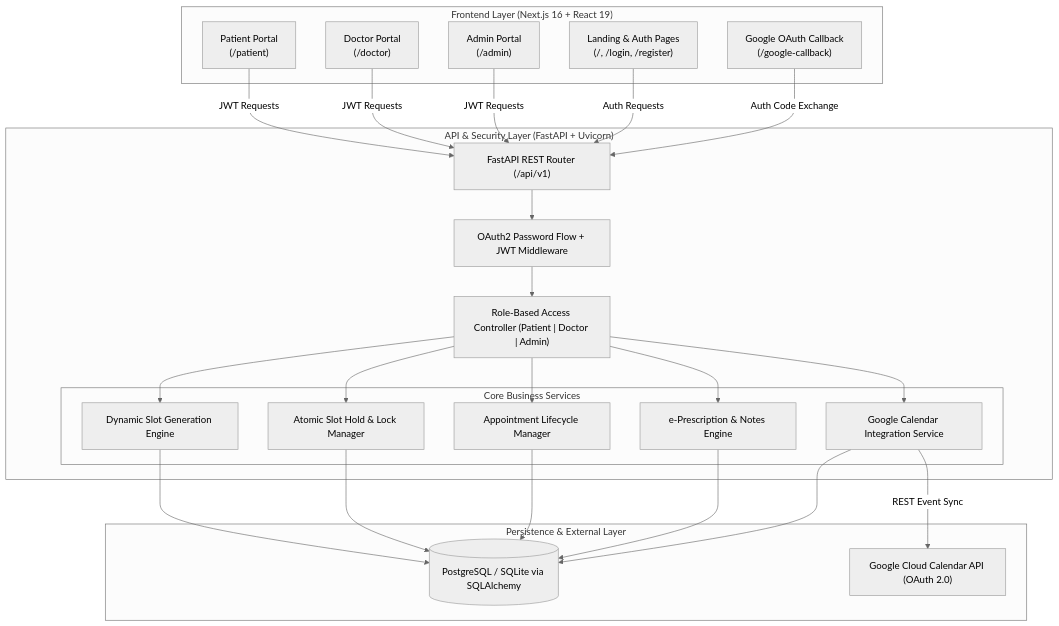
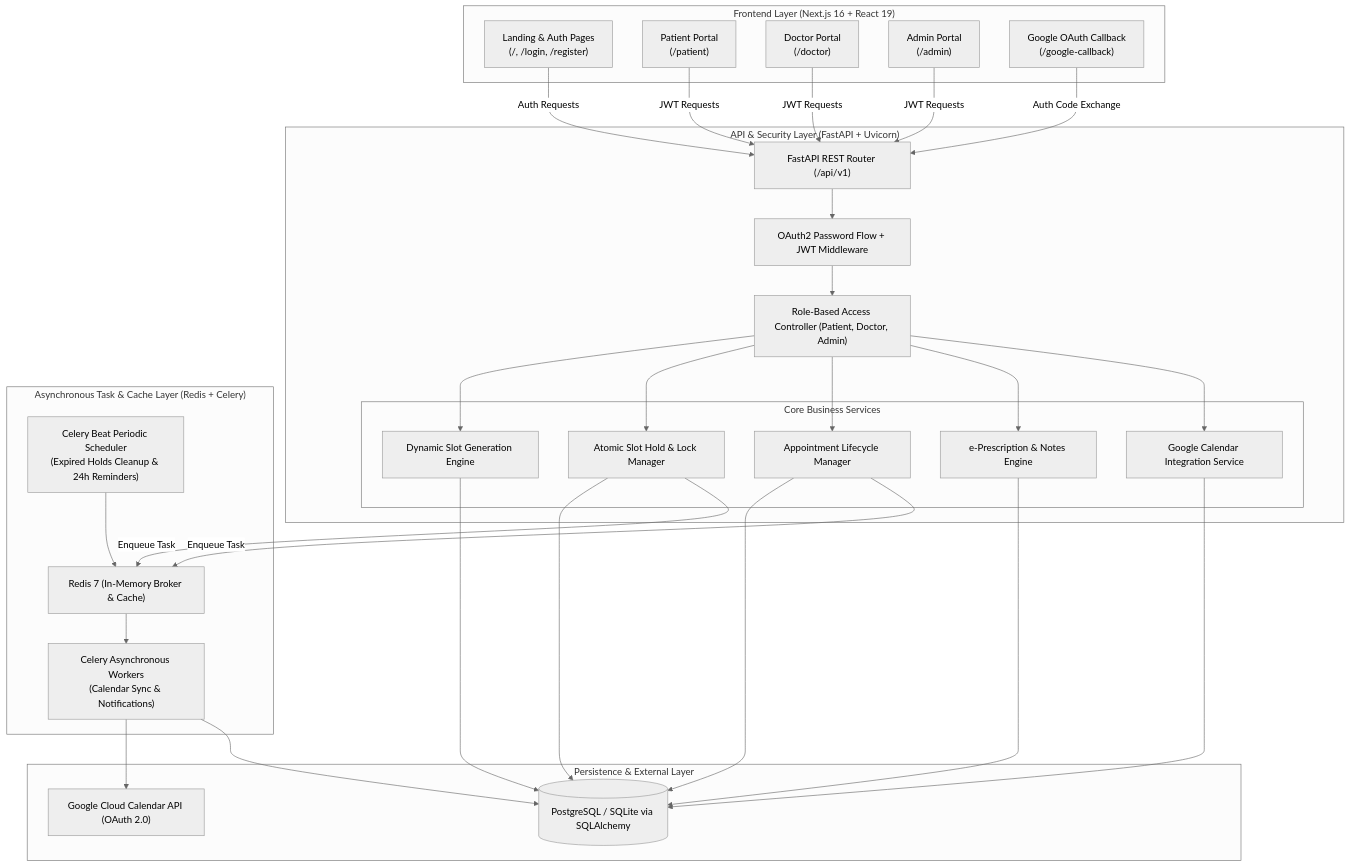
One commit to RITESH17-2004/Unthinkable-Assignment changed the first of 3 diagrams in README.md. Above: the diagram before and after it, drawn with Mermaid (neutral theme). The commit also changed other lines of this file and 4 other files, not shown here.

````diff
--- a/README.md
+++ b/README.md
@@ -91,50 +94,62 @@
 ```mermaid
 graph TB
     subgraph "Frontend Layer (Next.js 16 + React 19)"
         UI_Home["Landing & Auth Pages<br/>(/, /login, /register)"]
         UI_Patient["Patient Portal<br/>(/patient)"]
         UI_Doctor["Doctor Portal<br/>(/doctor)"]
         UI_Admin["Admin Portal<br/>(/admin)"]
         UI_OAuth["Google OAuth Callback<br/>(/google-callback)"]
     end
 
     subgraph "API & Security Layer (FastAPI + Uvicorn)"
         Router["FastAPI REST Router (/api/v1)"]
         Auth_MW["OAuth2 Password Flow + JWT Middleware"]
-        RBAC["Role-Based Access Controller (Patient | Doctor | Admin)"]
+        RBAC["Role-Based Access Controller (Patient, Doctor, Admin)"]
         
         subgraph "Core Business Services"
             SlotEngine["Dynamic Slot Generation Engine"]
             HoldService["Atomic Slot Hold & Lock Manager"]
             ApptService["Appointment Lifecycle Manager"]
             PrescriptionService["e-Prescription & Notes Engine"]
             GoogleService["Google Calendar Integration Service"]
         end
+    end
+
+    subgraph "Asynchronous Task & Cache Layer (Redis + Celery)"
+        Redis["Redis 7 (In-Memory Broker & Cache)"]
+        CeleryWorker["Celery Asynchronous Workers<br/>(Calendar Sync & Notifications)"]
+        CeleryBeat["Celery Beat Periodic Scheduler<br/>(Expired Holds Cleanup & 24h Reminders)"]
     end
 
     subgraph "Persistence & External Layer"
         DB[(PostgreSQL / SQLite via SQLAlchemy)]
         GoogleAPI["Google Cloud Calendar API (OAuth 2.0)"]
     end
 
     UI_Patient -->|JWT Requests| Router
     UI_Doctor -->|JWT Requests| Router
     UI_Admin -->|JWT Requests| Router
     UI_Home -->|Auth Requests| Router
     UI_OAuth -->|Auth Code Exchange| Router
 
     Router --> Auth_MW
     Auth_MW --> RBAC
     RBAC --> SlotEngine
     RBAC --> HoldService
     RBAC --> ApptService
     RBAC --> PrescriptionService
     RBAC --> GoogleService
 
     SlotEngine --> DB
     HoldService --> DB
     ApptService --> DB
     PrescriptionService --> DB
     GoogleService --> DB
-    GoogleService -->|REST Event Sync| GoogleAPI
+    
+    ApptService -->|Enqueue Task| Redis
+    HoldService -->|Enqueue Task| Redis
+    Redis --> CeleryWorker
+    CeleryBeat --> Redis
+    CeleryWorker --> GoogleAPI
+    CeleryWorker --> DB
 ```
````
